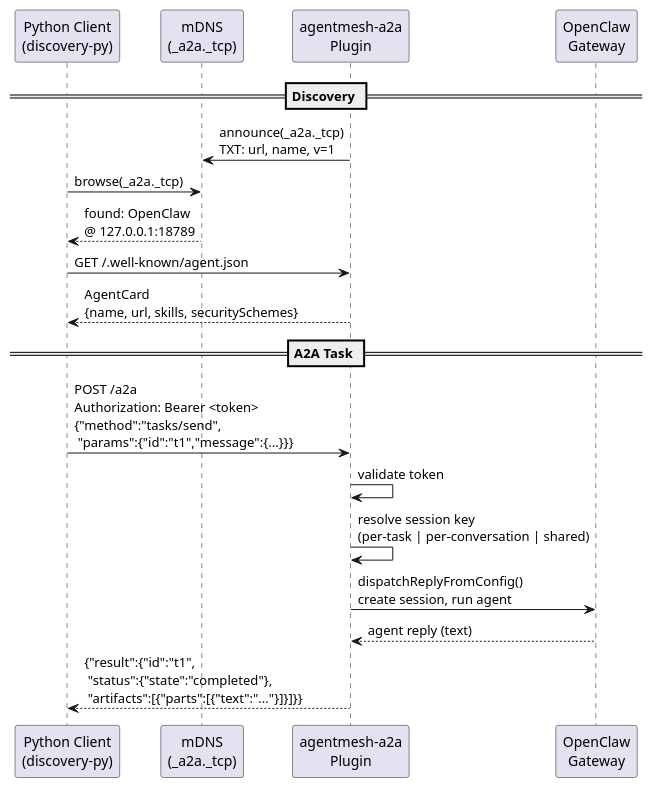
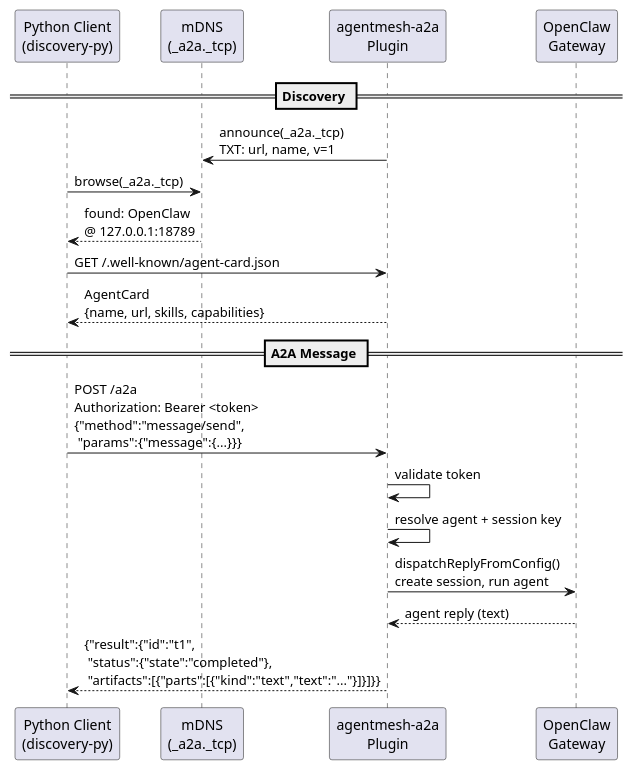
The second of 2 diagrams in README.md (clarkzhao/AgentMesh), drawn with PlantUML before and after one commit. The commit also changed other lines of this file and 2 other files, not shown here.

````diff
--- a/README.md
+++ b/README.md
@@ -62,26 +63,26 @@
 ```plantuml
 @startuml
 participant "Python Client\n(discovery-py)" as Client
 participant "mDNS\n(_a2a._tcp)" as MDNS
 participant "agentmesh-a2a\nPlugin" as Plugin
 participant "OpenClaw\nGateway" as OC
 
 == Discovery ==
 
 Plugin -> MDNS : announce(_a2a._tcp)\nTXT: url, name, v=1
 Client -> MDNS : browse(_a2a._tcp)
 MDNS --> Client : found: OpenClaw\n@ 127.0.0.1:18789
 
-Client -> Plugin : GET /.well-known/agent.json
-Plugin --> Client : AgentCard\n{name, url, skills, securitySchemes}
+Client -> Plugin : GET /.well-known/agent-card.json
+Plugin --> Client : AgentCard\n{name, url, skills, capabilities}
 
-== A2A Task ==
+== A2A Message ==
 
-Client -> Plugin : POST /a2a\nAuthorization: Bearer <token>\n{"method":"tasks/send",\n "params":{"id":"t1","message":{...}}}
+Client -> Plugin : POST /a2a\nAuthorization: Bearer <token>\n{"method":"message/send",\n "params":{"message":{...}}}
 Plugin -> Plugin : validate token
-Plugin -> Plugin : resolve session key\n(per-task | per-conversation | shared)
+Plugin -> Plugin : resolve agent + session key
 Plugin -> OC : dispatchReplyFromConfig()\ncreate session, run agent
 OC --> Plugin : agent reply (text)
-Plugin --> Client : {"result":{"id":"t1",\n "status":{"state":"completed"},\n "artifacts":[{"parts":[{"text":"..."}]}]}}
+Plugin --> Client : {"result":{"id":"t1",\n "status":{"state":"completed"},\n "artifacts":[{"parts":[{"kind":"text","text":"..."}]}]}}
 @enduml
 ```
````
